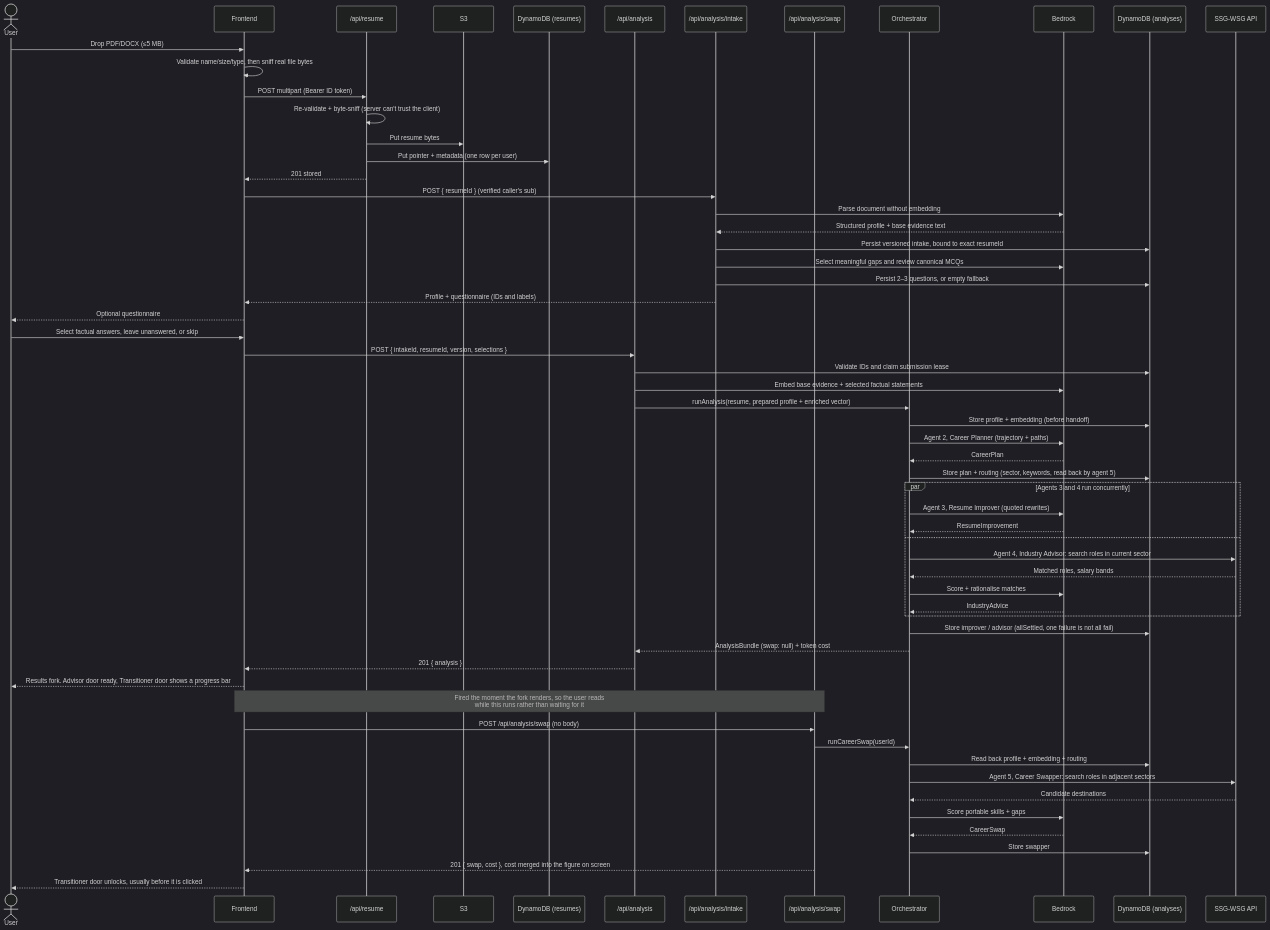
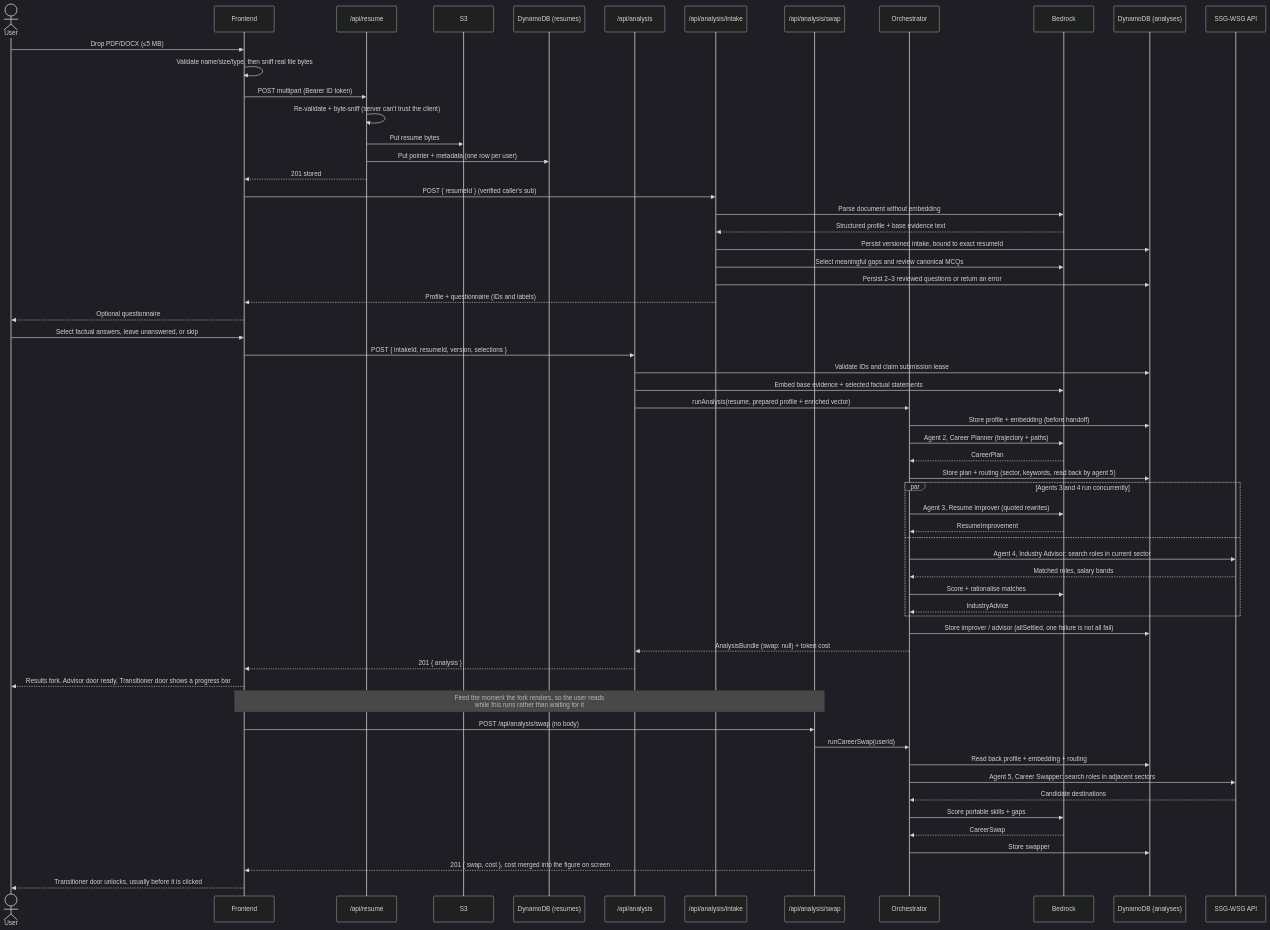
The third of 4 diagrams in README.md (oreoolis/meong-MyWay), drawn with Mermaid (dark theme) before and after one commit. The commit also changed other lines of this file and 1 other file, not shown here.

````diff
--- a/README.md
+++ b/README.md
@@ -287,70 +287,70 @@
 ```mermaid
 sequenceDiagram
     actor User
     participant FE as Frontend
     participant ResumeAPI as /api/resume
     participant S3
     participant DDB_R as DynamoDB (resumes)
     participant AnalysisAPI as /api/analysis
     participant IntakeAPI as /api/analysis/intake
     participant SwapAPI as /api/analysis/swap
     participant Orc as Orchestrator
     participant Bedrock
     participant DDB_A as DynamoDB (analyses)
     participant SSG as SSG-WSG API
 
     User->>FE: Drop PDF/DOCX (≤5 MB)
     FE->>FE: Validate name/size/type, then sniff real file bytes
     FE->>ResumeAPI: POST multipart (Bearer ID token)
     ResumeAPI->>ResumeAPI: Re-validate + byte-sniff (server can't trust the client)
     ResumeAPI->>S3: Put resume bytes
     ResumeAPI->>DDB_R: Put pointer + metadata (one row per user)
     ResumeAPI-->>FE: 201 stored
 
     FE->>IntakeAPI: POST { resumeId } (verified caller's sub)
     IntakeAPI->>Bedrock: Parse document without embedding
     Bedrock-->>IntakeAPI: Structured profile + base evidence text
     IntakeAPI->>DDB_A: Persist versioned intake, bound to exact resumeId
     IntakeAPI->>Bedrock: Select meaningful gaps and review canonical MCQs
-    IntakeAPI->>DDB_A: Persist 2–3 questions, or empty fallback
+    IntakeAPI->>DDB_A: Persist 2–3 reviewed questions or return an error
     IntakeAPI-->>FE: Profile + questionnaire (IDs and labels)
     FE-->>User: Optional questionnaire
     User->>FE: Select factual answers, leave unanswered, or skip
     FE->>AnalysisAPI: POST { intakeId, resumeId, version, selections }
     AnalysisAPI->>DDB_A: Validate IDs and claim submission lease
     AnalysisAPI->>Bedrock: Embed base evidence + selected factual statements
     AnalysisAPI->>Orc: runAnalysis(resume, prepared profile + enriched vector)
     Orc->>DDB_A: Store profile + embedding (before handoff)
 
     Orc->>Bedrock: Agent 2, Career Planner (trajectory + paths)
     Bedrock-->>Orc: CareerPlan
     Orc->>DDB_A: Store plan + routing (sector, keywords, read back by agent 5)
 
     par Agents 3 and 4 run concurrently
         Orc->>Bedrock: Agent 3, Resume Improver (quoted rewrites)
         Bedrock-->>Orc: ResumeImprovement
     and
         Orc->>SSG: Agent 4, Industry Advisor: search roles in current sector
         SSG-->>Orc: Matched roles, salary bands
         Orc->>Bedrock: Score + rationalise matches
         Bedrock-->>Orc: IndustryAdvice
     end
 
     Orc->>DDB_A: Store improver / advisor (allSettled, one failure is not all fail)
     Orc-->>AnalysisAPI: AnalysisBundle (swap: null) + token cost
     AnalysisAPI-->>FE: 201 { analysis }
     FE-->>User: Results fork. Advisor door ready, Transitioner door shows a progress bar
 
     Note over FE,SwapAPI: Fired the moment the fork renders, so the user reads<br/>while this runs rather than waiting for it
 
     FE->>SwapAPI: POST /api/analysis/swap (no body)
     SwapAPI->>Orc: runCareerSwap(userId)
     Orc->>DDB_A: Read back profile + embedding + routing
     Orc->>SSG: Agent 5, Career Swapper: search roles in adjacent sectors
     SSG-->>Orc: Candidate destinations
     Orc->>Bedrock: Score portable skills + gaps
     Bedrock-->>Orc: CareerSwap
     Orc->>DDB_A: Store swapper
     SwapAPI-->>FE: 201 { swap, cost }, cost merged into the figure on screen
     FE-->>User: Transitioner door unlocks, usually before it is clicked
 ```
````
